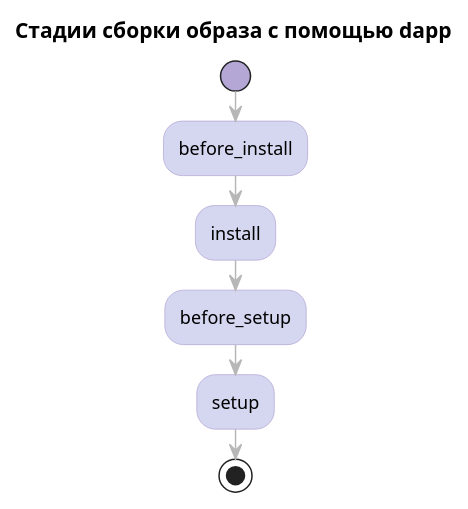
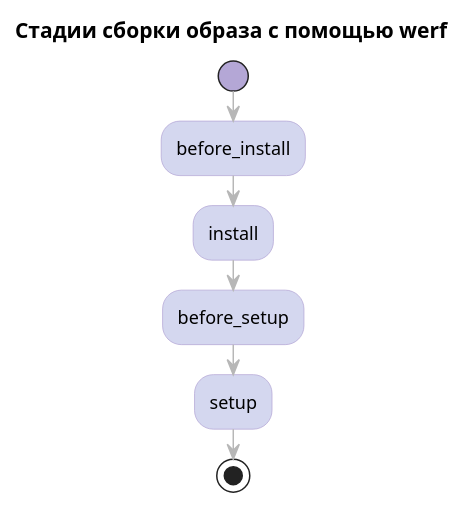
The diagram in docs/images/build/stages_01.puml (werf/werf), drawn with PlantUML before and after one commit. The commit also changed 97 other files, not shown here.

Commit message:
Rename Dapp to Werf in docs

```diff
--- a/docs/images/build/stages_01.puml
+++ b/docs/images/build/stages_01.puml
@@ -1,32 +1,32 @@
 @startuml
 skinparam activity {
   StartColor #B4A7D6
   BarColor #B7B7B7
   EndColor #B4A7D6
   BackgroundColor #D4D7EF
   BackgroundColor<< Begin >> Olive
   BorderColor #B4A7D6
   ArrowColor #B7B7B7
 }
 
 skinparam note {
   BackgroundColor #A8C7E0
   BorderColor #434343
 }
 
-title Стадии сборки образа с помощью dapp
+title Стадии сборки образа с помощью werf
 
 
 start
 
 :before_install;
 
 :install;
 
 :before_setup;
 
 :setup;
 
 stop
 
 @enduml
```
